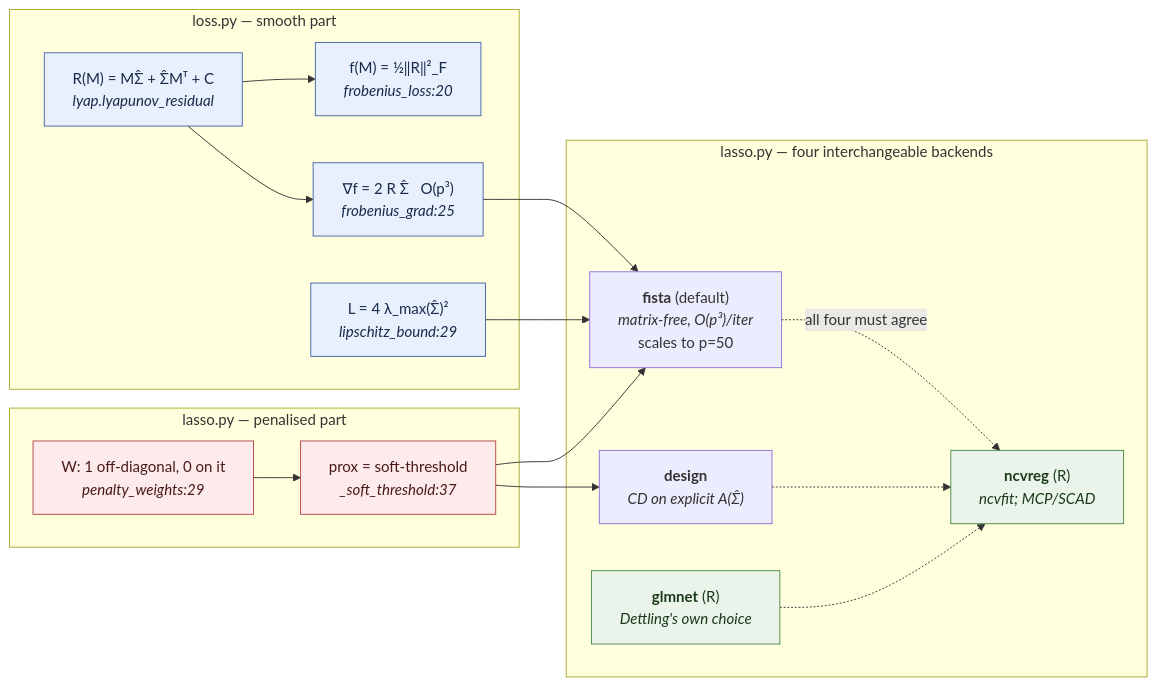
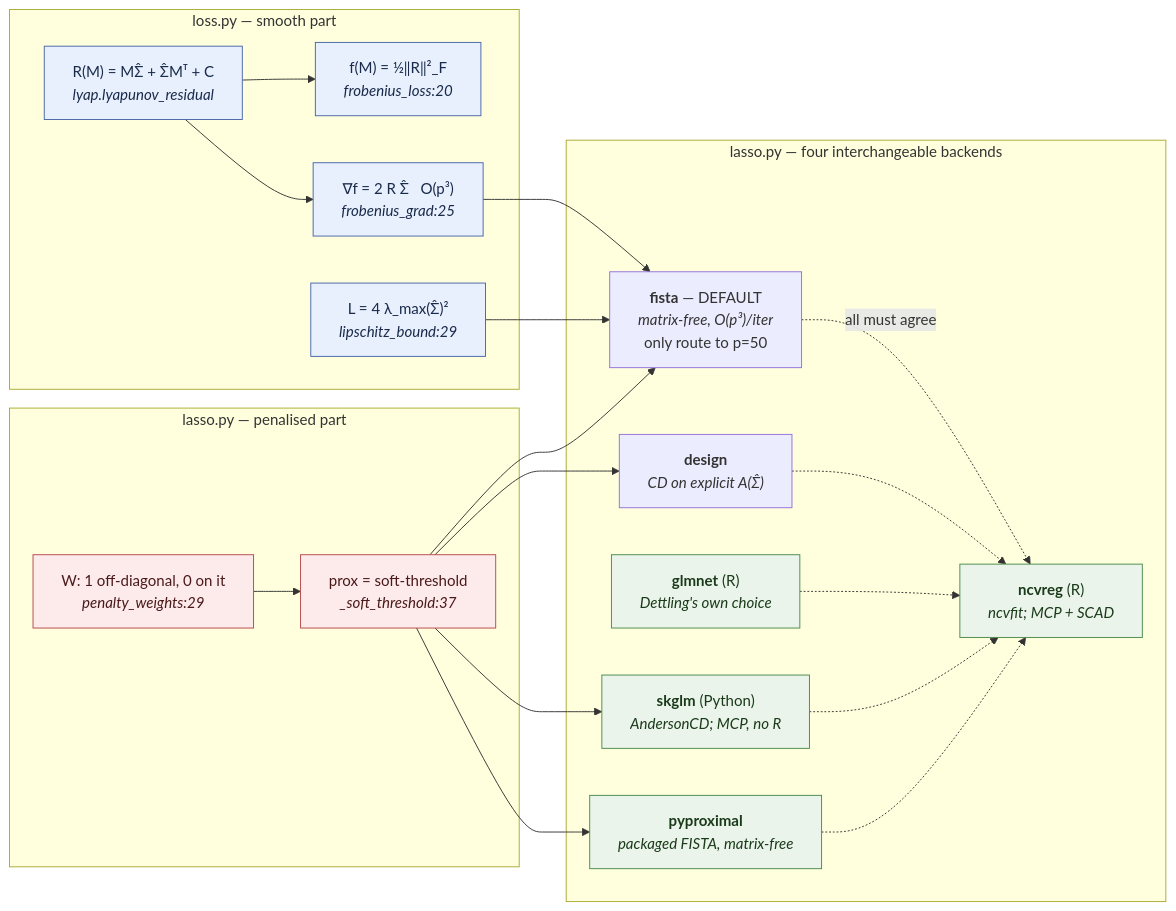
The third of 6 diagrams in ARCHITECTURE.md (rlawnsiiiii/Nonconvex-penalties-for-Graphical-Continuous-Lyapunov-Models), drawn with Mermaid before and after one commit. The commit also changed other lines of this file and 8 other files, not shown here.

````diff
--- a/ARCHITECTURE.md
+++ b/ARCHITECTURE.md
@@ -153,36 +157,42 @@
 ```mermaid
 flowchart LR
     subgraph smooth["loss.py — smooth part"]
         R["R(M) = MΣ̂ + Σ̂Mᵀ + C<br/><i>lyap.lyapunov_residual</i>"]
         F["f(M) = ½‖R‖²_F<br/><i>frobenius_loss:20</i>"]
         G["∇f = 2 R Σ̂ &nbsp;&nbsp;O(p³)<br/><i>frobenius_grad:25</i>"]
         L["L = 4 λ_max(Σ̂)²<br/><i>lipschitz_bound:29</i>"]
         R --> F
         R --> G
     end
     subgraph pen["lasso.py — penalised part"]
         W["W: 1 off-diagonal, 0 on it<br/><i>penalty_weights:29</i>"]
         P["prox = soft-threshold<br/><i>_soft_threshold:37</i>"]
         W --> P
     end
     subgraph solve["lasso.py — four interchangeable backends"]
-        FI["<b>fista</b> (default)<br/><i>matrix-free, O(p³)/iter</i><br/>scales to p=50"]
+        FI["<b>fista</b> — DEFAULT<br/><i>matrix-free, O(p³)/iter</i><br/>only route to p=50"]
         DE["<b>design</b><br/><i>CD on explicit A(Σ̂)</i>"]
         GL["<b>glmnet</b> (R)<br/><i>Dettling's own choice</i>"]
-        NC["<b>ncvreg</b> (R)<br/><i>ncvfit; MCP/SCAD</i>"]
+        NC["<b>ncvreg</b> (R)<br/><i>ncvfit; MCP + SCAD</i>"]
+        SK["<b>skglm</b> (Python)<br/><i>AndersonCD; MCP, no R</i>"]
+        PX["<b>pyproximal</b><br/><i>packaged FISTA, matrix-free</i>"]
     end
     G --> FI
     L --> FI
     P --> FI
     P --> DE
-    FI -.->|"all four must agree"| NC
+    P --> SK
+    FI -.->|"all must agree"| NC
     DE -.-> NC
     GL -.-> NC
+    SK -.-> NC
+    P --> PX
+    PX -.-> NC
 
     classDef s fill:#e8f0fe,stroke:#4864a8,color:#1a2b4a
     classDef p fill:#fdeaea,stroke:#b5484a,color:#4a1a1b
     classDef rb fill:#eaf4ea,stroke:#4a8a4a,color:#1a3a1a
     class R,F,G,L s
     class W,P p
-    class GL,NC rb
+    class GL,NC,SK,PX rb
 ```
````
